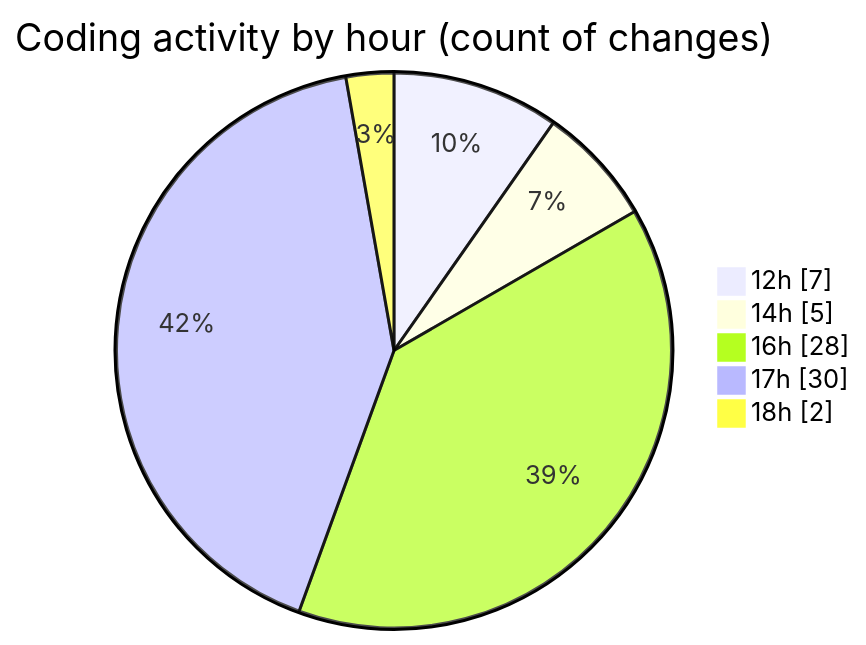
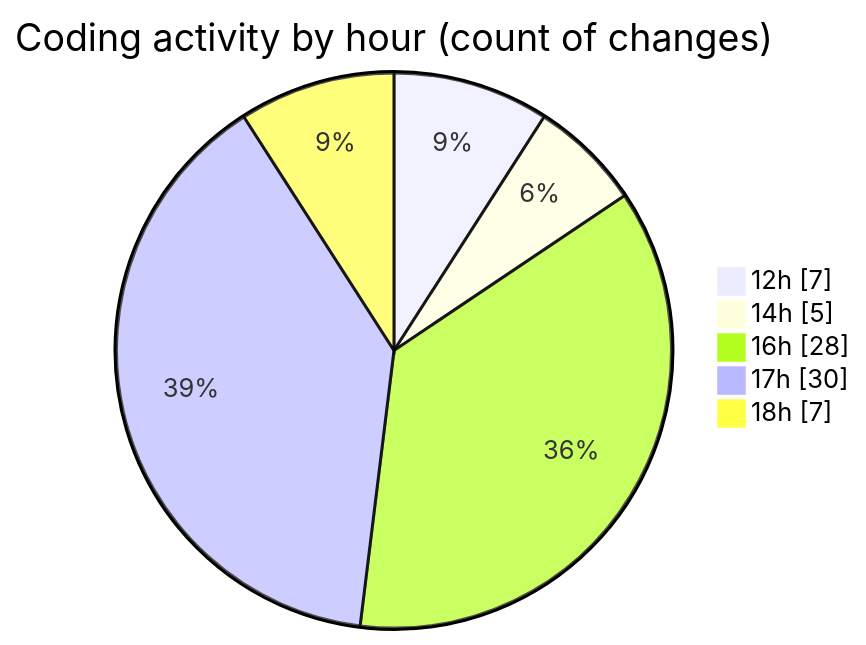
The second of 2 diagrams in 2025-10-06/eventscop-frontend-guide__workspace_/README.md (julien-gomy/code-tracking), drawn with Mermaid before and after one commit. The commit also changed other lines of this file and 1 other file, not shown here.

````diff
--- a/2025-10-06/eventscop-frontend-guide__workspace_/README.md
+++ b/2025-10-06/eventscop-frontend-guide__workspace_/README.md
@@ -58,9 +58,9 @@
 ```mermaid
 pie showData
 title Coding activity by hour (count of changes)
 "12h" : 7
 "14h" : 5
 "16h" : 28
 "17h" : 30
-"18h" : 2
+"18h" : 7
 ```
````
